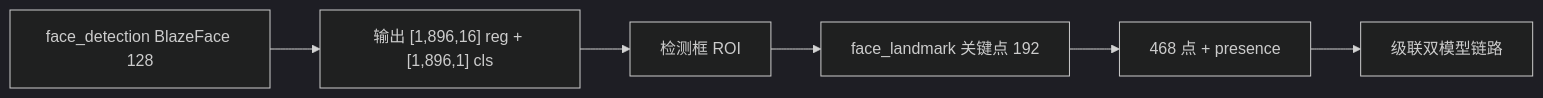
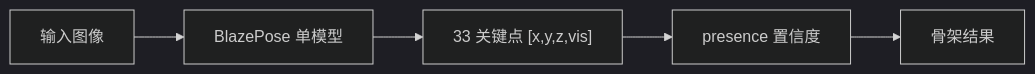
Before and after one commit to aibittek/course_generate_agent: the second of 8 diagrams in courses/sheet1/robot_vision/_parts/experiment-9.md, drawn with Mermaid (dark theme). The commit also changed other lines of this file and 98 other files, not shown here.

````diff
--- a/courses/sheet1/robot_vision/_parts/experiment-9.md
+++ b/courses/sheet1/robot_vision/_parts/experiment-9.md
@@ -140,8 +150,7 @@
 ```mermaid
 graph LR
-    A[face_detection BlazeFace 128] --> B["输出 [1,896,16] reg + [1,896,1] cls"]
-    B --> C[检测框 ROI]
-    C --> D[face_landmark 关键点 192]
-    D --> E[468 点 + presence]
-    E --> F[级联双模型链路]
+    A[输入图像] --> B[BlazePose 单模型]
+    B --> C["33 关键点 [x,y,z,vis]"]
+    C --> D[presence 置信度]
+    D --> E[骨架结果]
 ```
````
